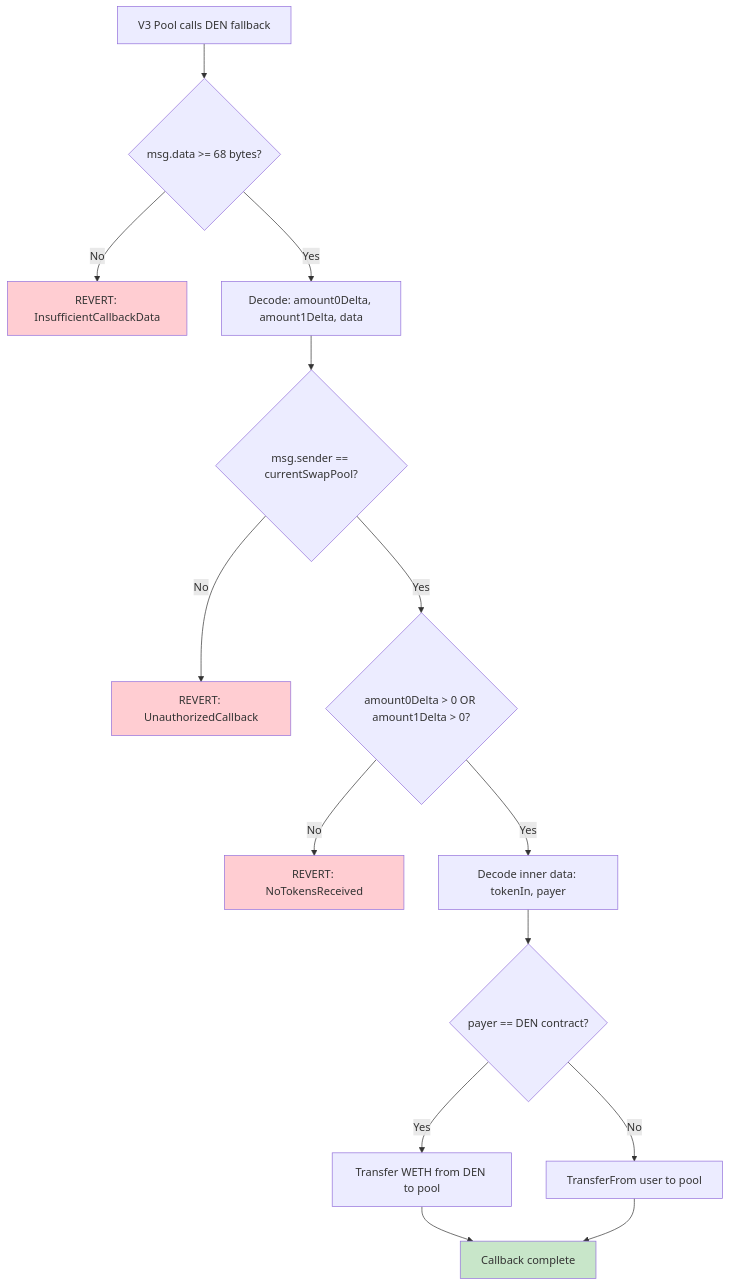
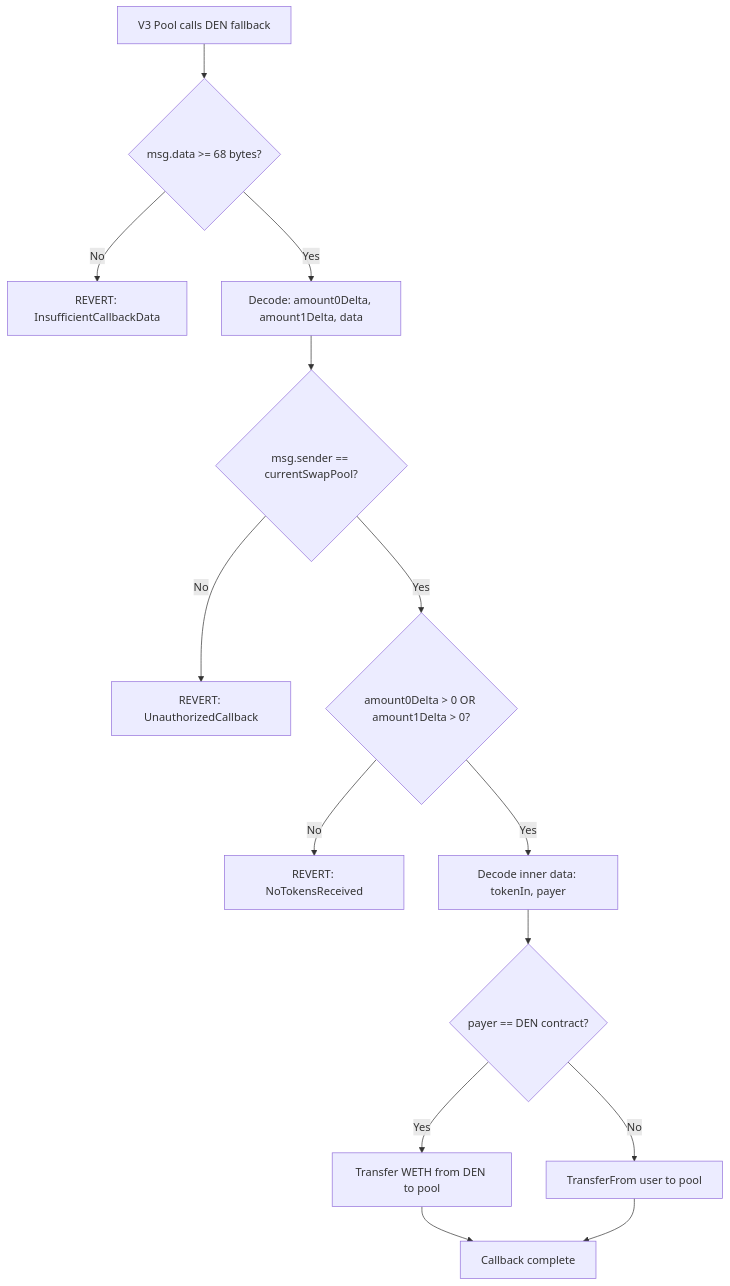
The ninth of 11 diagrams in README.md (davidwyly/DEN), drawn with Mermaid before and after one commit. The commit also changed other lines of this file, not shown here.

Commit message:
removed hardcoded colors from mermaid diagrams for dark mode support

````diff
--- a/README.md
+++ b/README.md
@@ -583,21 +571,16 @@
 ```mermaid
 flowchart TD
     A[V3 Pool calls DEN fallback] --> B{msg.data >= 68 bytes?}
     B -->|No| C[REVERT: InsufficientCallbackData]
     B -->|Yes| D[Decode: amount0Delta, amount1Delta, data]
     D --> E{msg.sender == currentSwapPool?}
     E -->|No| F[REVERT: UnauthorizedCallback]
     E -->|Yes| G{amount0Delta > 0 OR amount1Delta > 0?}
     G -->|No| H[REVERT: NoTokensReceived]
     G -->|Yes| I[Decode inner data: tokenIn, payer]
     I --> J{payer == DEN contract?}
     J -->|Yes| K[Transfer WETH from DEN to pool]
     J -->|No| L[TransferFrom user to pool]
     K --> M[Callback complete]
     L --> M
-
-    style C fill:#ffcdd2
-    style F fill:#ffcdd2
-    style H fill:#ffcdd2
-    style M fill:#c8e6c9
 ```
````
